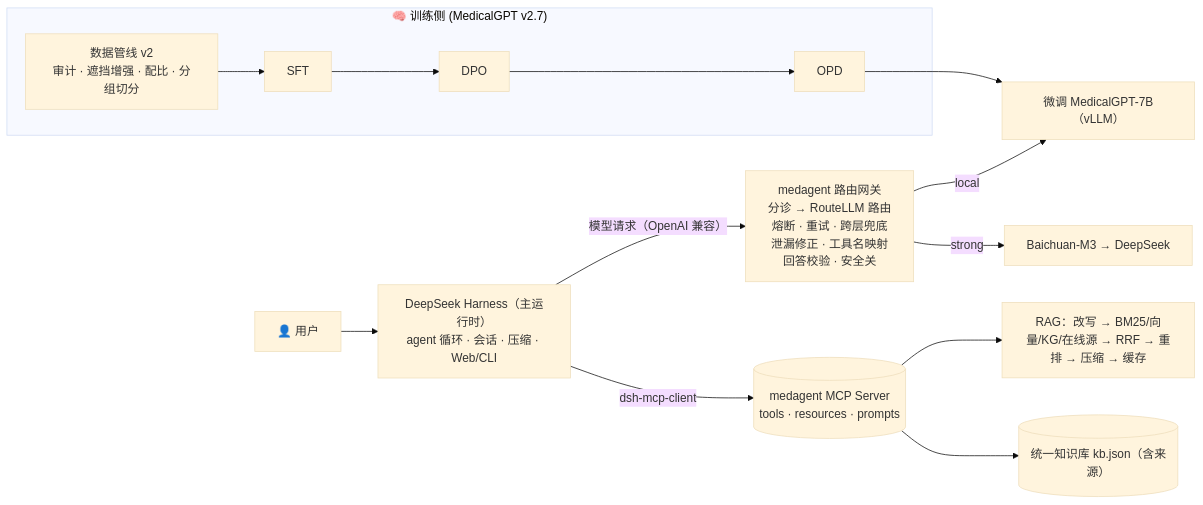
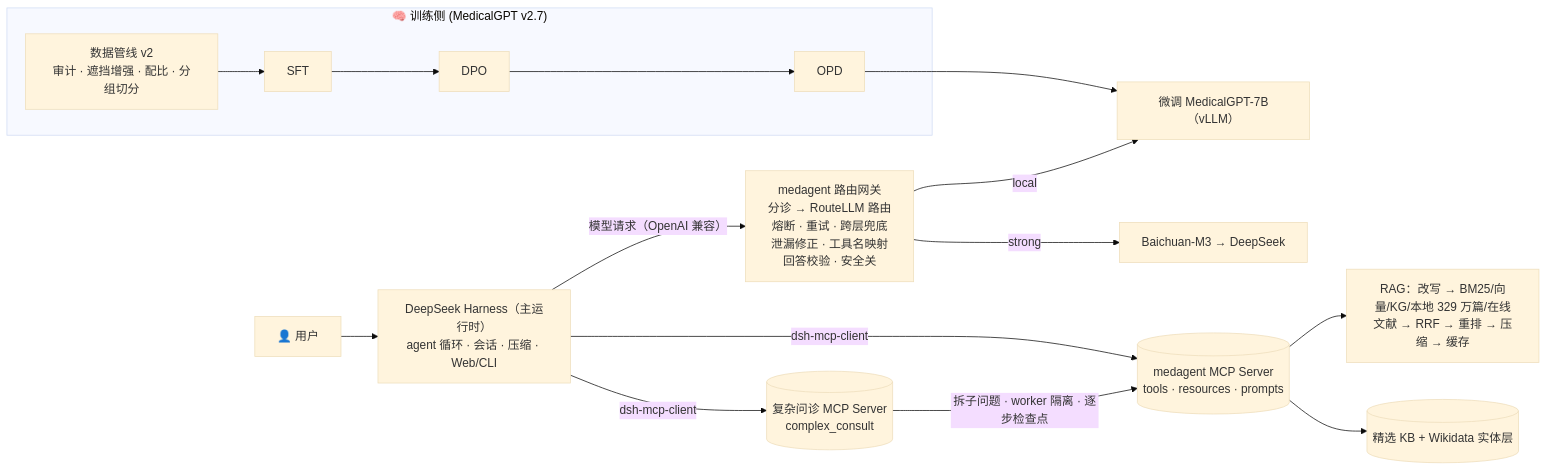
Before and after one commit to Gaogxx/MedicalGPT_agent: the diagram in README.md, drawn with Mermaid (base theme). The commit also changed other lines of this file and 17 other files, not shown here.

First line of the commit message:
复杂问诊 MCP 工具、知识源构建说明与迭代记录

````diff
--- a/README.md
+++ b/README.md
@@ -42,14 +42,16 @@
 ```mermaid
 flowchart LR
     subgraph Training["🧠 训练侧 (MedicalGPT v2.7)"]
         DP["数据管线 v2<br/>审计 · 遮挡增强 · 配比 · 分组切分"] --> SFT["SFT"] --> DPO["DPO"] --> OPD["OPD"]
     end
     U["👤 用户"] --> DSH["DeepSeek Harness（主运行时）<br/>agent 循环 · 会话 · 压缩 · Web/CLI"]
     DSH -- "模型请求（OpenAI 兼容）" --> GW["medagent 路由网关<br/>分诊 → RouteLLM 路由<br/>熔断 · 重试 · 跨层兜底<br/>泄漏修正 · 工具名映射<br/>回答校验 · 安全关"]
     GW -- local --> L["微调 MedicalGPT-7B（vLLM）"]
     GW -- strong --> S["Baichuan-M3 → DeepSeek"]
     OPD --> L
     DSH -- "dsh-mcp-client" --> MCP[("medagent MCP Server<br/>tools · resources · prompts")]
-    MCP --> RAG["RAG：改写 → BM25/向量/KG/在线源 → RRF → 重排 → 压缩 → 缓存"]
-    MCP --> KB[("统一知识库 kb.json（含来源）")]
+    DSH -- "dsh-mcp-client" --> CS[("复杂问诊 MCP Server<br/>complex_consult")]
+    CS -- "拆子问题 · worker 隔离 · 逐步检查点" --> MCP
+    MCP --> RAG["RAG：改写 → BM25/向量/KG/本地 329 万篇/在线文献 → RRF → 重排 → 压缩 → 缓存"]
+    MCP --> KB[("精选 KB + Wikidata 实体层")]
 ```
````
